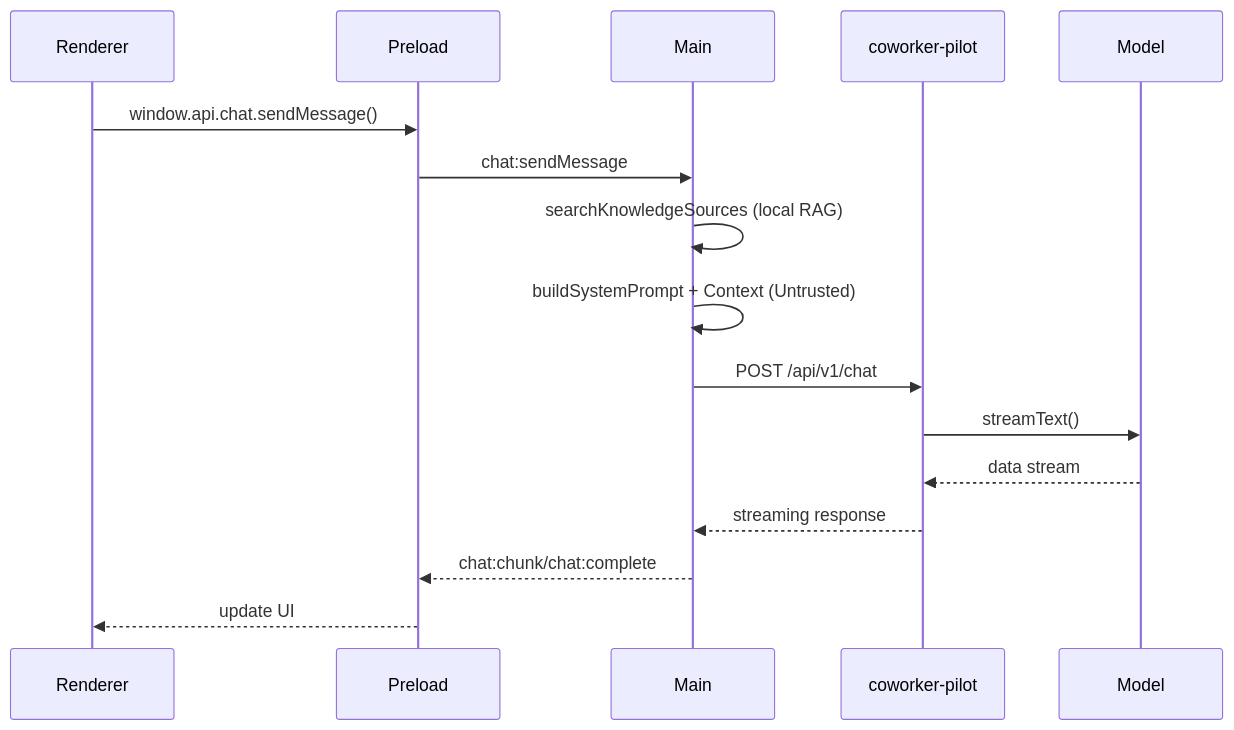
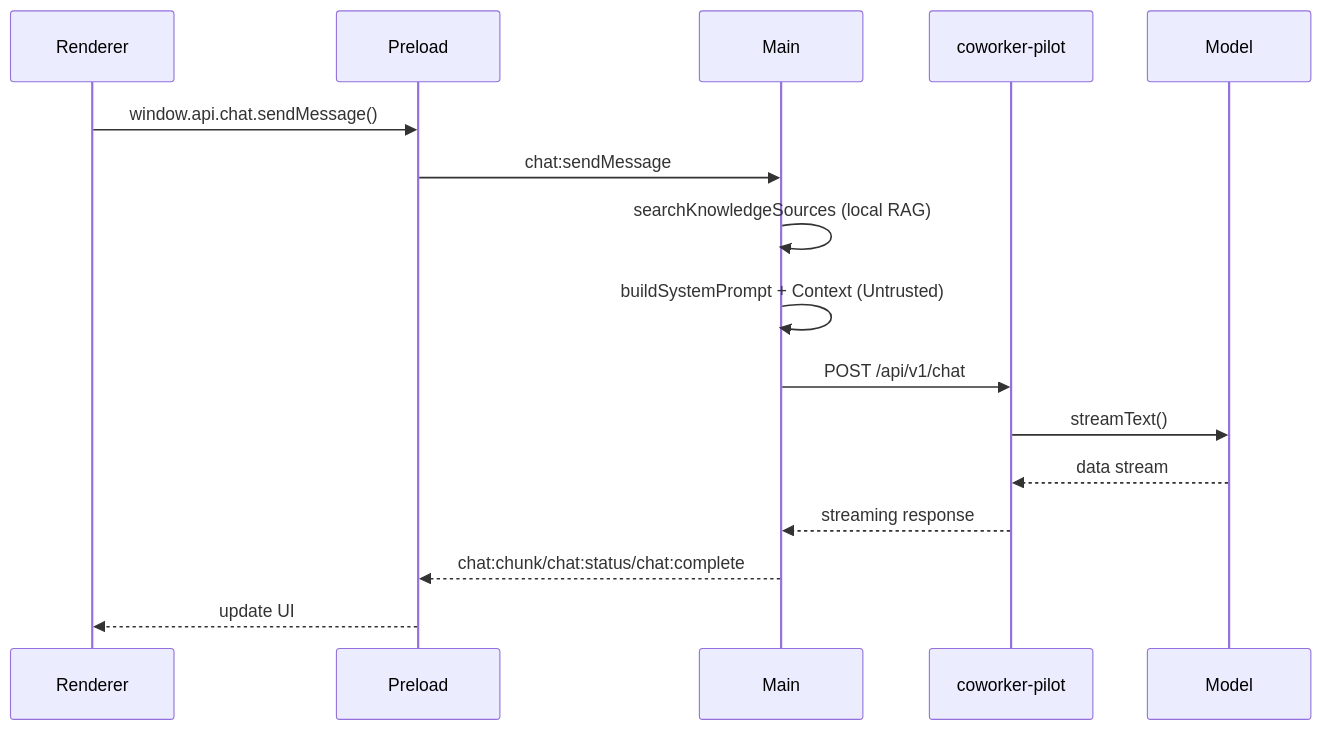
One commit to alecmccauley/coworker changed the diagram in docs/techical_summary.md. Above: the diagram before and after it, drawn with Mermaid. The commit also changed other lines of this file and 8 other files, not shown here.

First line of the commit message:
Enhance chat functionality with status updates and improve message handling

````diff
--- a/docs/techical_summary.md
+++ b/docs/techical_summary.md
@@ -139,19 +140,19 @@
 ```mermaid
 sequenceDiagram
   participant Renderer
   participant Preload
   participant Main
   participant API as coworker-pilot
   participant Model
 
   Renderer->>Preload: window.api.chat.sendMessage()
   Preload->>Main: chat:sendMessage
   Main->>Main: searchKnowledgeSources (local RAG)
   Main->>Main: buildSystemPrompt + Context (Untrusted)
   Main->>API: POST /api/v1/chat
   API->>Model: streamText()
   Model-->>API: data stream
   API-->>Main: streaming response
-  Main-->>Preload: chat:chunk/chat:complete
+  Main-->>Preload: chat:chunk/chat:status/chat:complete
   Preload-->>Renderer: update UI
 ```
````
